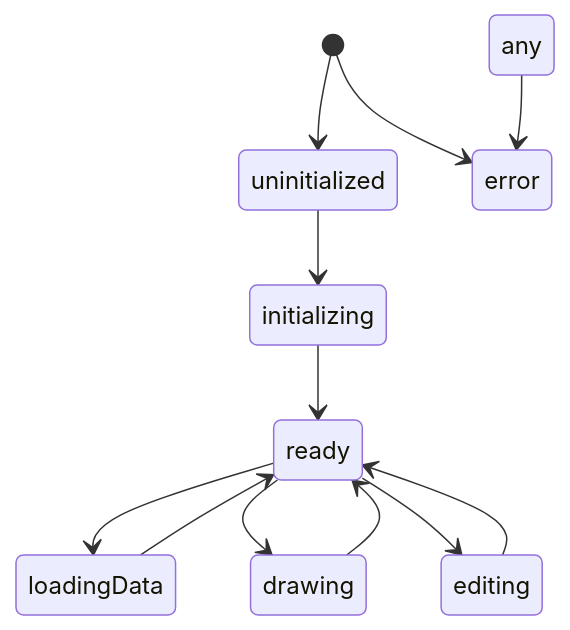
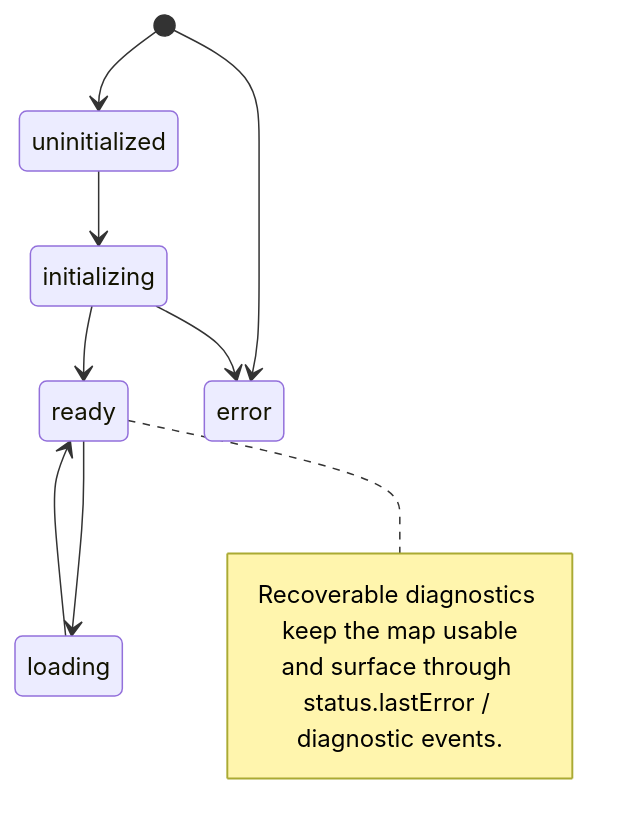
One commit to FloraSync/leaflet-geokit changed the second of 2 diagrams in ARCHITECTURE.md. Above: the diagram before and after it, drawn with Mermaid. The commit also changed other lines of this file and 8 other files, not shown here.

````diff
--- a/ARCHITECTURE.md
+++ b/ARCHITECTURE.md
@@ -53,14 +50,14 @@
 ```mermaid
 stateDiagram-v2
   [*] --> uninitialized
   uninitialized --> initializing
   initializing --> ready
-  ready --> loadingData
-  loadingData --> ready
-  ready --> drawing
-  drawing --> ready
-  ready --> editing
-  editing --> ready
+  ready --> loading
+  loading --> ready
   [*] --> error
-  any --> error
+  initializing --> error
+  note right of ready
+    Recoverable diagnostics keep the map usable
+    and surface through status.lastError / diagnostic events.
+  end note
 ```
````
